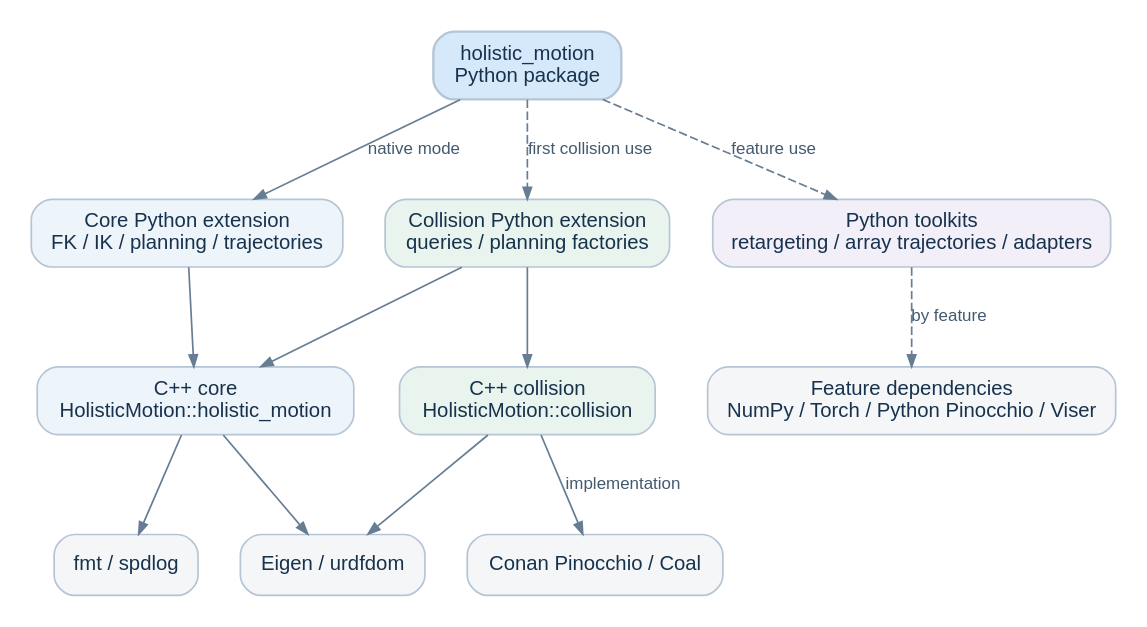
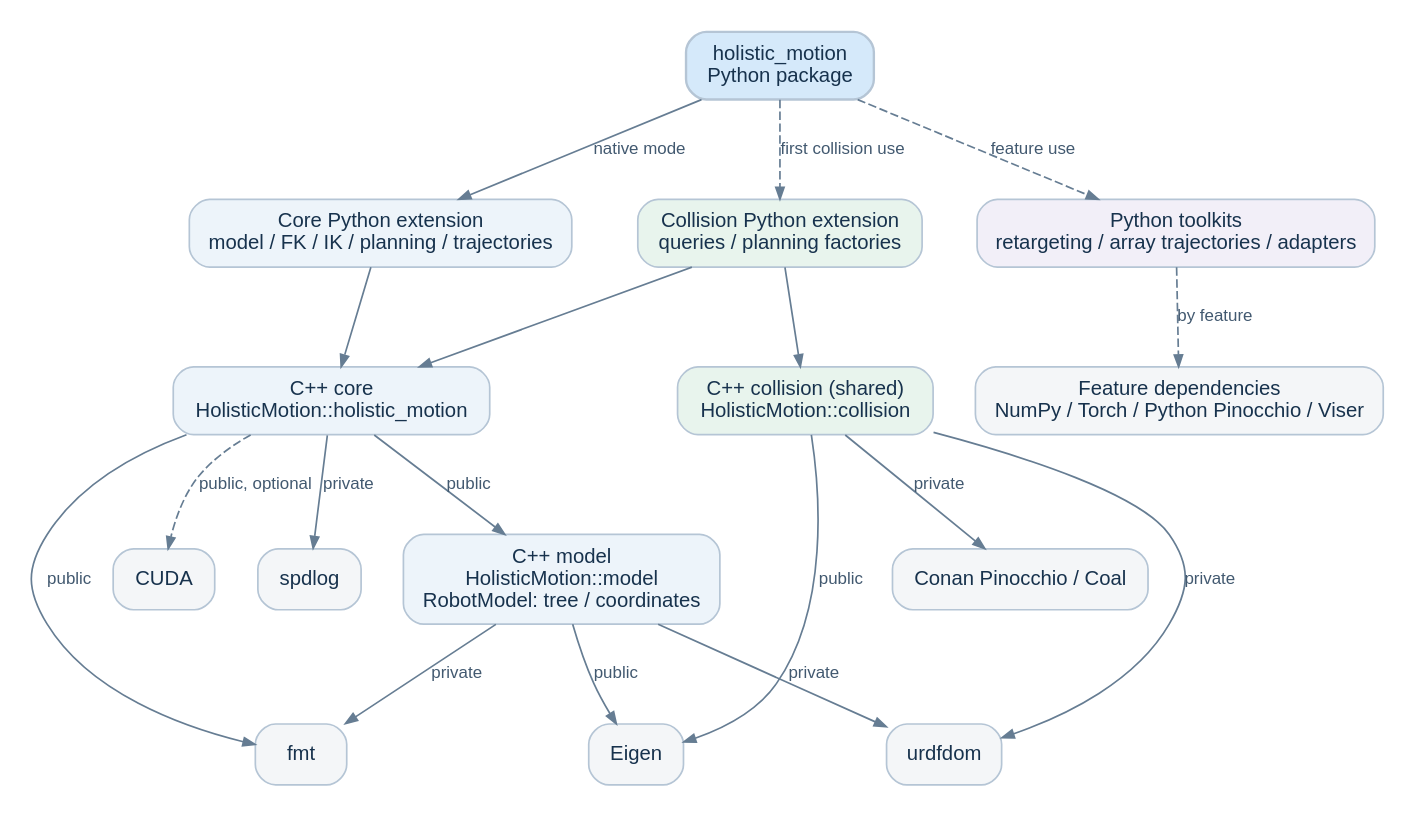
Before and after one commit to chase6305/HolisticMotion: the diagram in docs/assets/architecture.dot, drawn with Graphviz. The commit also changed 162 other files, not shown here.

Commit message:
Separate robot model data and simplify motion internals

```diff
--- a/docs/assets/architecture.dot
+++ b/docs/assets/architecture.dot
@@ -1,33 +1,43 @@
 digraph HolisticMotion {
     graph [rankdir=TB, bgcolor="white", pad=0.15, nodesep=0.35, ranksep=0.65];
     node [shape=box, style="rounded,filled", fontname="Arial", fontsize=12,
           color="#b5c5d5", fillcolor="#edf4fa", fontcolor="#17324d", margin="0.16,0.10"];
     edge [color="#667d93", arrowsize=0.7, fontname="Arial", fontsize=10,
           fontcolor="#425970"];
 
     facade [label="holistic_motion\nPython package", fillcolor="#d5e9fa", penwidth=1.4];
-    core_py [label="Core Python extension\nFK / IK / planning / trajectories"];
+    core_py [label="Core Python extension\nmodel / FK / IK / planning / trajectories"];
     collision_py [label="Collision Python extension\nqueries / planning factories", fillcolor="#e8f4ed"];
     toolkit [label="Python toolkits\nretargeting / array trajectories / adapters", fillcolor="#f2eff8"];
     core_cpp [label="C++ core\nHolisticMotion::holistic_motion"];
-    collision_cpp [label="C++ collision\nHolisticMotion::collision", fillcolor="#e8f4ed"];
-    common [label="Eigen / urdfdom", fillcolor="#f4f6f8"];
-    logging [label="fmt / spdlog", fillcolor="#f4f6f8"];
+    model_cpp [label="C++ model\nHolisticMotion::model\nRobotModel: tree / coordinates"];
+    collision_cpp [label="C++ collision (shared)\nHolisticMotion::collision", fillcolor="#e8f4ed"];
+    eigen [label="Eigen", fillcolor="#f4f6f8"];
+    parser [label="urdfdom", fillcolor="#f4f6f8"];
+    formatting [label="fmt", fillcolor="#f4f6f8"];
+    logging [label="spdlog", fillcolor="#f4f6f8"];
+    cuda [label="CUDA", fillcolor="#f4f6f8"];
     native_collision [label="Conan Pinocchio / Coal", fillcolor="#f4f6f8"];
     python_deps [label="Feature dependencies\nNumPy / Torch / Python Pinocchio / Viser", fillcolor="#f4f6f8"];
 
     facade -> core_py [label="native mode"];
     facade -> collision_py [label="first collision use", style=dashed];
     facade -> toolkit [label="feature use", style=dashed];
     core_py -> core_cpp;
     collision_py -> core_cpp;
     collision_py -> collision_cpp;
     toolkit -> python_deps [label="by feature", style=dashed];
-    core_cpp -> common;
-    core_cpp -> logging;
-    collision_cpp -> common;
-    collision_cpp -> native_collision [label="implementation"];
+    core_cpp -> model_cpp [label="public"];
+    core_cpp -> formatting [label="public"];
+    core_cpp -> logging [label="private"];
+    core_cpp -> cuda [label="public, optional", style=dashed];
+    model_cpp -> eigen [label="public"];
+    model_cpp -> formatting [label="private"];
+    model_cpp -> parser [label="private"];
+    collision_cpp -> eigen [label="public"];
+    collision_cpp -> parser [label="private"];
+    collision_cpp -> native_collision [label="private"];
 
     {rank=same; core_py; collision_py; toolkit;}
     {rank=same; core_cpp; collision_cpp;}
 }
```
